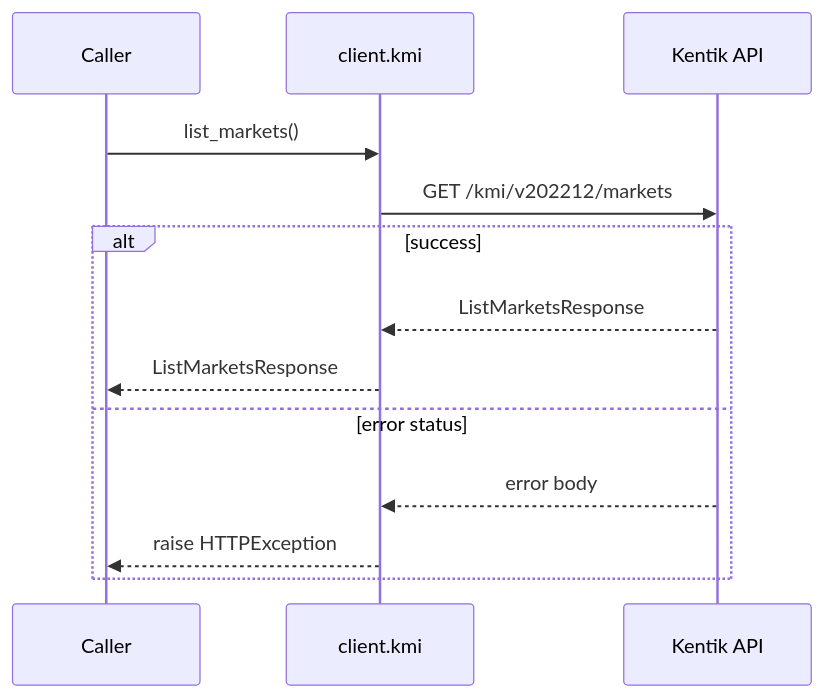
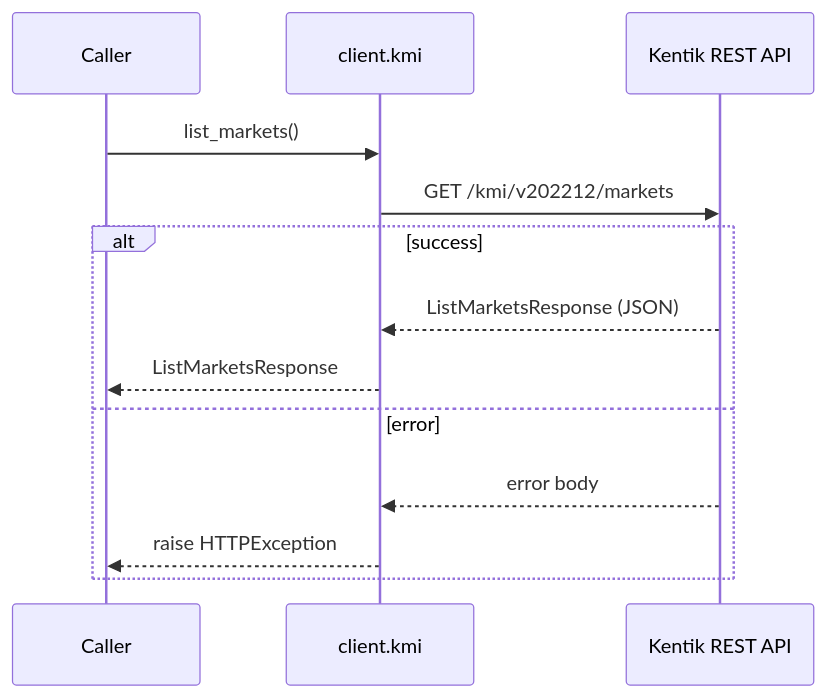
The tenth of 12 diagrams in docs/sphinx/services/kmi.md (alexdearaujo/community_sdk_python), drawn with Mermaid before and after one commit. The commit also changed other lines of this file and 61 other files, not shown here.

````diff
--- a/docs/sphinx/services/kmi.md
+++ b/docs/sphinx/services/kmi.md
@@ -254,16 +356,16 @@
 ```mermaid
 sequenceDiagram
     participant C as Caller
     participant W as client.kmi
-    participant API as Kentik API
+    participant API as Kentik REST API
 
     C->>W: list_markets()
     W->>API: GET /kmi/v202212/markets
     alt success
-        API-->>W: ListMarketsResponse
+        API-->>W: ListMarketsResponse (JSON)
         W-->>C: ListMarketsResponse
-    else error status
+    else error
         API-->>W: error body
         W-->>C: raise HTTPException
     end
 ```
````
